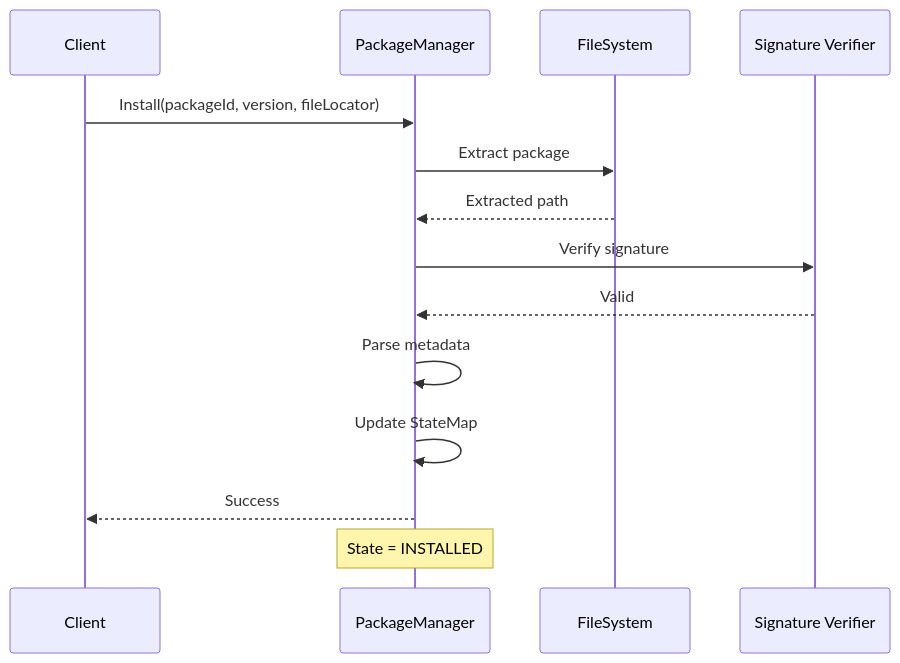
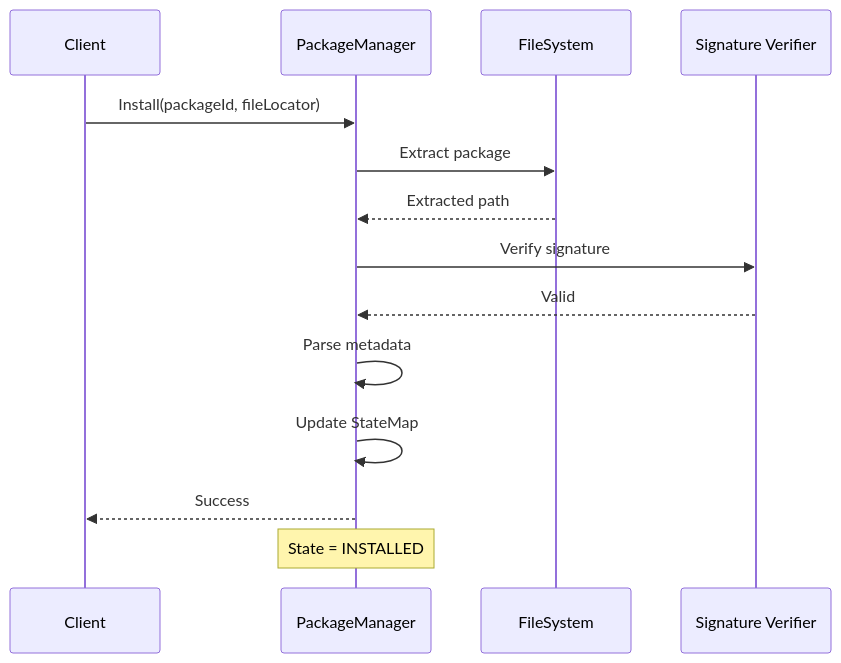
Before and after one commit to rdkcentral/entservices-appmanagers: the fourth of 8 diagrams in PackageManager/PackageManager.md, drawn with Mermaid. The commit also changed other lines of this file and 19 other files, not shown here.

Commit message:
RDKEMW-26919: Remove Deprecated version Parameter from AppPackageManager APIs

````diff
--- a/PackageManager/PackageManager.md
+++ b/PackageManager/PackageManager.md
@@ -370,18 +374,18 @@
 ```mermaid
 sequenceDiagram
     participant Client
     participant PKG as PackageManager
     participant FS as FileSystem
     participant Verify as Signature Verifier
 
-    Client->>PKG: Install(packageId, version, fileLocator)
+    Client->>PKG: Install(packageId, fileLocator)
     PKG->>FS: Extract package
     FS-->>PKG: Extracted path
     PKG->>Verify: Verify signature
     Verify-->>PKG: Valid
     PKG->>PKG: Parse metadata
     PKG->>PKG: Update StateMap
     PKG-->>Client: Success
 
     Note over PKG: State = INSTALLED
 ```
````
